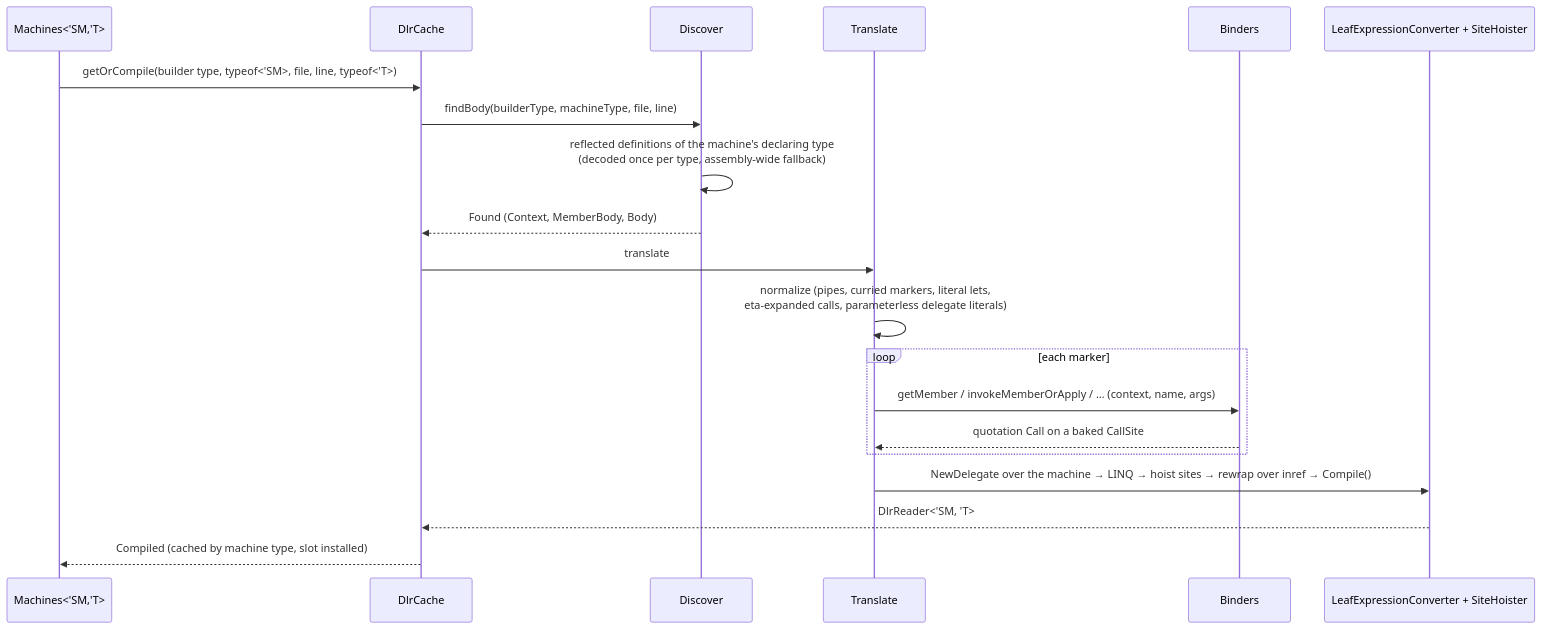
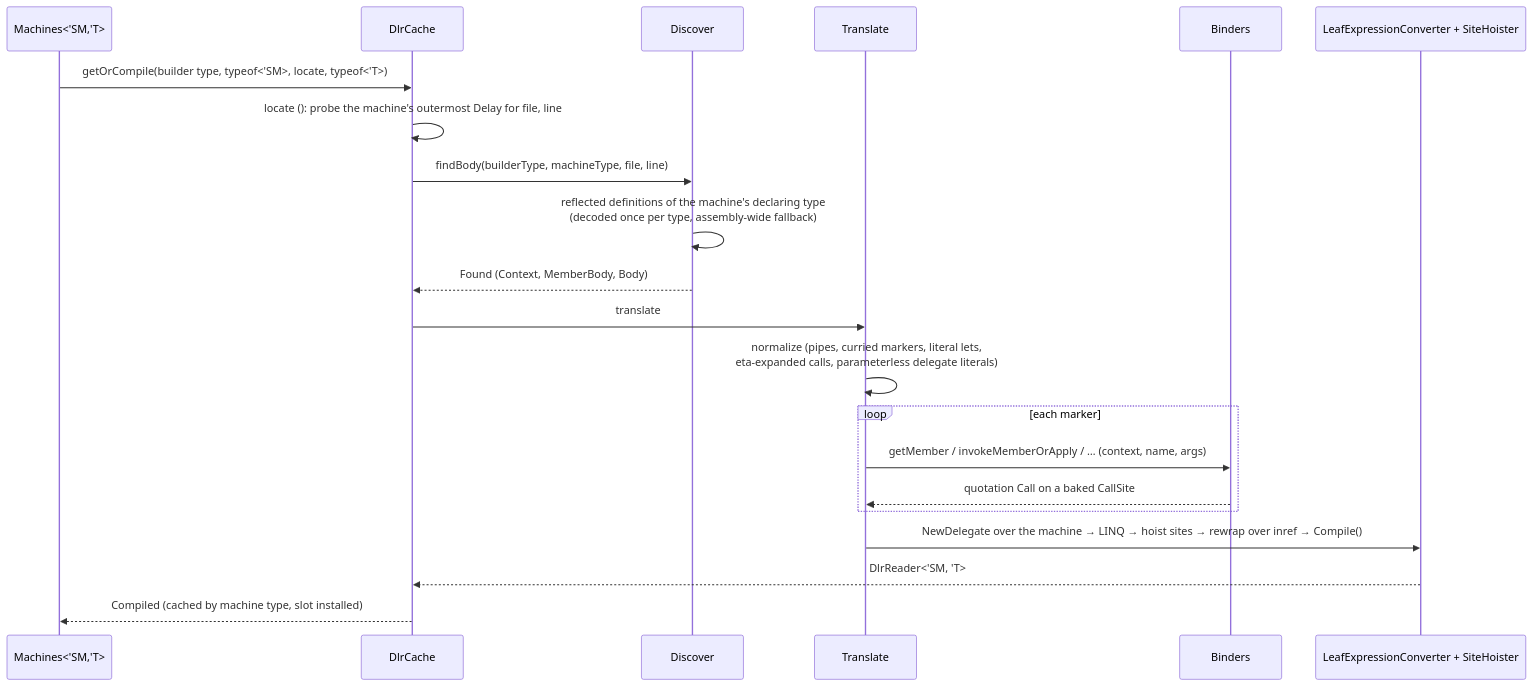
One commit to ekonbenefits/FSharp.Interop.Dlr changed the third of 3 diagrams in docs/pipeline.md. Above: the diagram before and after it, drawn with Mermaid. The commit also changed other lines of this file and 6 other files, not shown here.

````diff
--- a/docs/pipeline.md
+++ b/docs/pipeline.md
@@ -150,23 +150,24 @@
 ```mermaid
 sequenceDiagram
     participant S as Machines<'SM,'T>
     participant DC as DlrCache
     participant Di as Discover
     participant T as Translate
     participant B as Binders
     participant L as LeafExpressionConverter + SiteHoister
 
-    S->>DC: getOrCompile(builder type, typeof<'SM>, file, line, typeof<'T>)
+    S->>DC: getOrCompile(builder type, typeof<'SM>, locate, typeof<'T>)
+    DC->>DC: locate (): probe the machine's outermost Delay for file, line
     DC->>Di: findBody(builderType, machineType, file, line)
     Di->>Di: reflected definitions of the machine's declaring type<br/>(decoded once per type, assembly-wide fallback)
     Di-->>DC: Found (Context, MemberBody, Body)
     DC->>T: translate
     T->>T: normalize (pipes, curried markers, literal lets,<br/>eta-expanded calls, parameterless delegate literals)
     loop each marker
         T->>B: getMember / invokeMemberOrApply / … (context, name, args)
         B-->>T: quotation Call on a baked CallSite
     end
     T->>L: NewDelegate over the machine → LINQ → hoist sites → rewrap over inref → Compile()
     L-->>DC: DlrReader<'SM, 'T>
     DC-->>S: Compiled (cached by machine type, slot installed)
 ```
````
